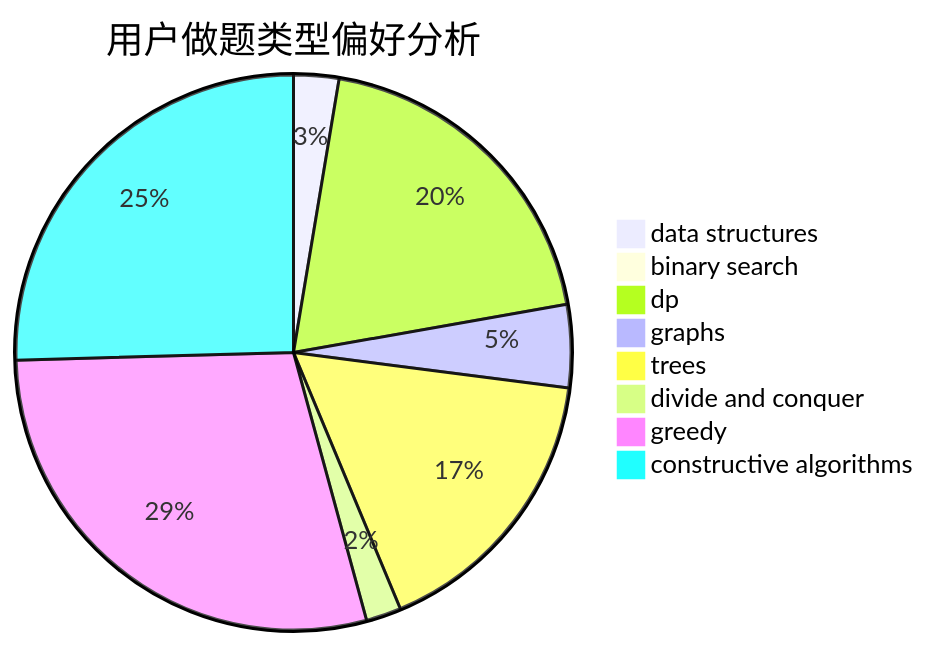
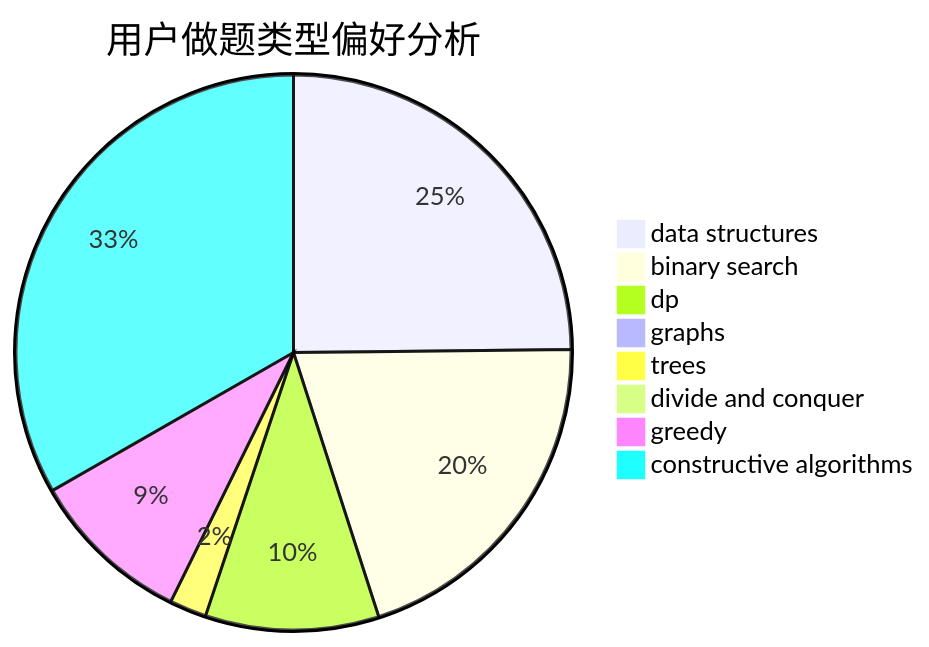
The second of 3 diagrams in docs/user/u2652.md (sherpahu/cfrs.github.io), drawn with Mermaid before and after one commit. The commit also changed other lines of this file and 2770 other files, not shown here.

````diff
--- a/docs/user/u2652.md
+++ b/docs/user/u2652.md
@@ -23,11 +23,11 @@
 ```mermaid
 pie title 用户做题类型偏好分析
-    "data structures" :  18
-    "binary search" :  3
-    "dp" :  134
-    "graphs" :  33
-    "trees" :  114
-    "divide and conquer" :  14
-    "greedy" :  197
-    "constructive algorithms" :  174
+    "data structures" :  150
+    "binary search" :  122
+    "dp" :  61
+    "graphs" :  2
+    "trees" :  13
+    "divide and conquer" :  0
+    "greedy" :  57
+    "constructive algorithms" :  201
 ```
````
